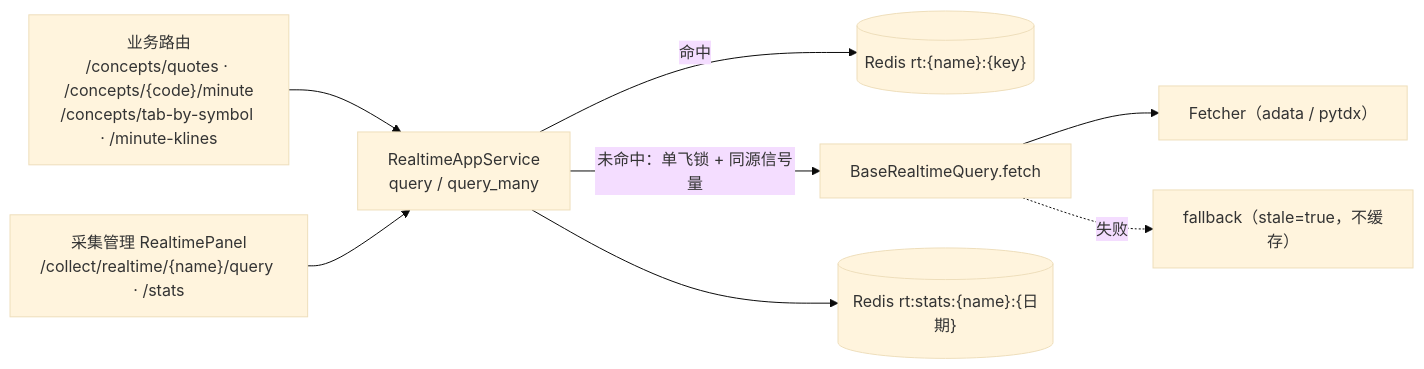
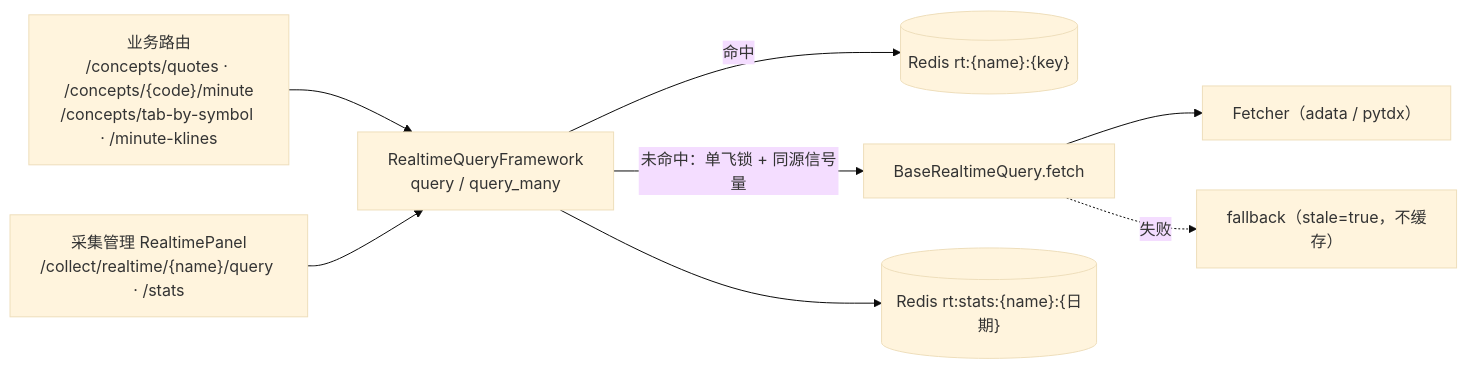
One commit to 1294117457/Attribution_Analysis changed the second of 2 diagrams in backend/docs/overview/collectmanage摘要.md. Above: the diagram before and after it, drawn with Mermaid (base theme). The commit also changed other lines of this file and 48 other files, not shown here.

````diff
--- a/backend/docs/overview/collectmanage摘要.md
+++ b/backend/docs/overview/collectmanage摘要.md
@@ -79,10 +79,10 @@
 ```mermaid
 flowchart LR
     BIZ["业务路由<br/>/concepts/quotes · /concepts/{code}/minute<br/>/concepts/tab-by-symbol · /minute-klines"] --> RT
     CM["采集管理 RealtimePanel<br/>/collect/realtime/{name}/query · /stats"] --> RT
-    RT["RealtimeAppService<br/>query / query_many"] -->|命中| C[("Redis rt:{name}:{key}")]
+    RT["RealtimeQueryFramework<br/>query / query_many"] -->|命中| C[("Redis rt:{name}:{key}")]
     RT -->|未命中：单飞锁 + 同源信号量| Q["BaseRealtimeQuery.fetch"]
     Q --> F["Fetcher（adata / pytdx）"]
     Q -. 失败 .-> FB["fallback（stale=true，不缓存）"]
     RT --> ST[("Redis rt:stats:{name}:{日期}")]
 ```
````
